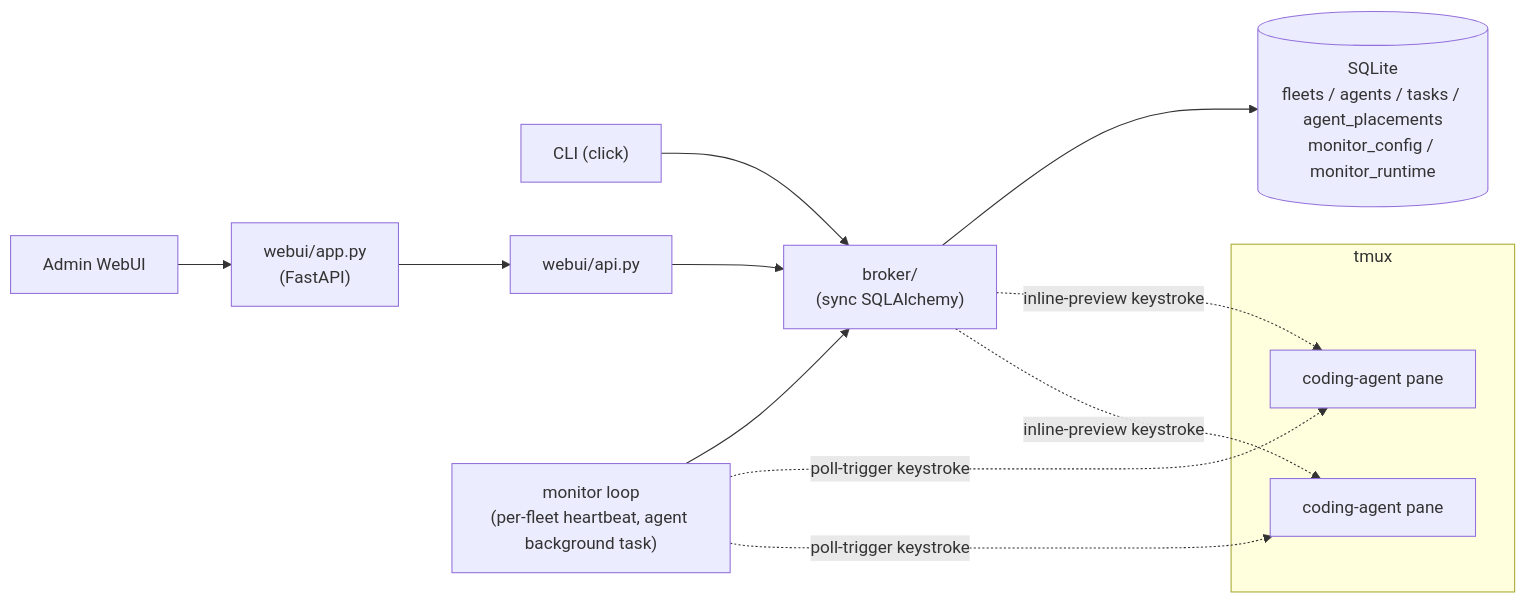
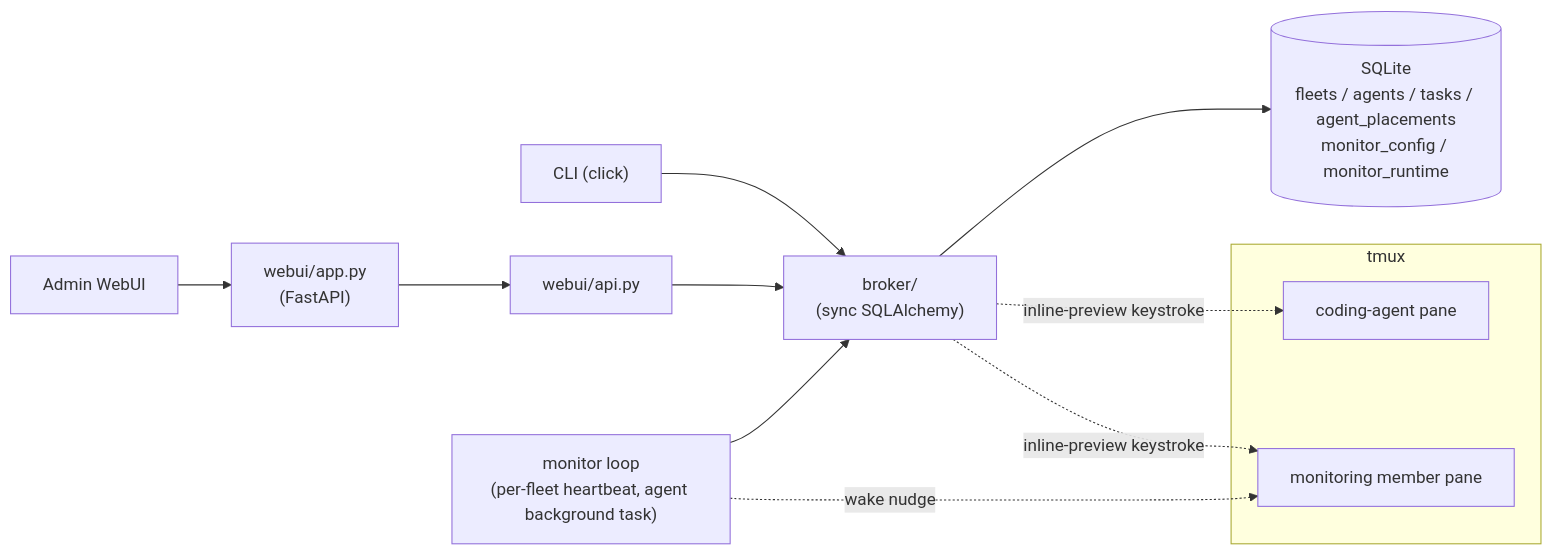
One commit to himkt/cafleet changed the diagram in docs/concepts/overview.md. Above: the diagram before and after it, drawn with Mermaid. The commit also changed other lines of this file and 26 other files, not shown here.

Commit message:
docs: narrow monitor heartbeat to monitoring-member-only (0000091 Phase A)

````diff
--- a/docs/concepts/overview.md
+++ b/docs/concepts/overview.md
@@ -32,18 +32,17 @@
 ```mermaid
 %%{init: {'theme': 'default', 'themeVariables': {'fontSize': '16px'}}}%%
 flowchart LR
     CLI["CLI (click)"] --> Broker["broker/<br/>(sync SQLAlchemy)"]
     WebUI["Admin WebUI"] --> Server["webui/app.py<br/>(FastAPI)"]
     Server --> WebUIAPI["webui/api.py"]
     WebUIAPI --> Broker
     Monitor["monitor loop<br/>(per-fleet heartbeat, agent background task)"] --> Broker
     Broker --> DB[(SQLite<br/>fleets / agents / tasks / agent_placements<br/>monitor_config / monitor_runtime)]
     subgraph Multiplexer["tmux"]
         PaneA["coding-agent pane"]
-        PaneB["coding-agent pane"]
+        PaneB["monitoring member pane"]
     end
     Broker -. inline-preview keystroke .-> PaneA
     Broker -. inline-preview keystroke .-> PaneB
-    Monitor -. poll-trigger keystroke .-> PaneA
-    Monitor -. poll-trigger keystroke .-> PaneB
+    Monitor -. wake nudge .-> PaneB
 ```
````
